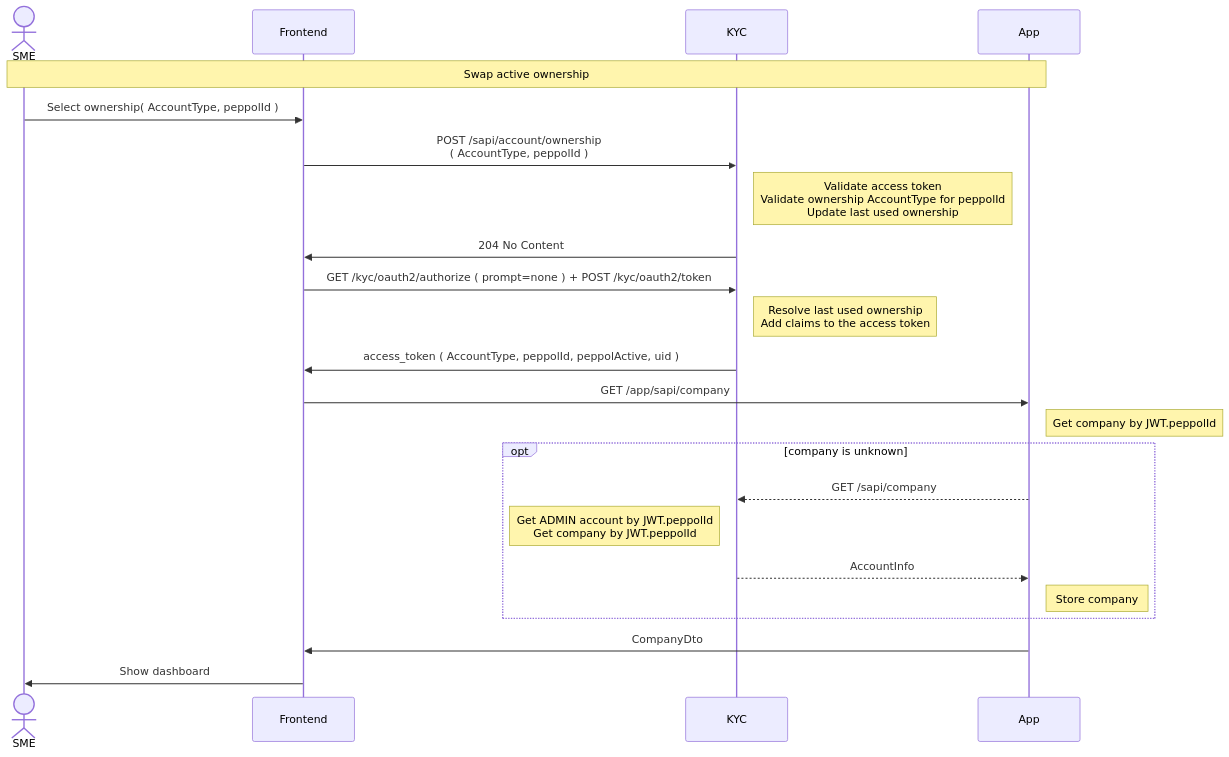
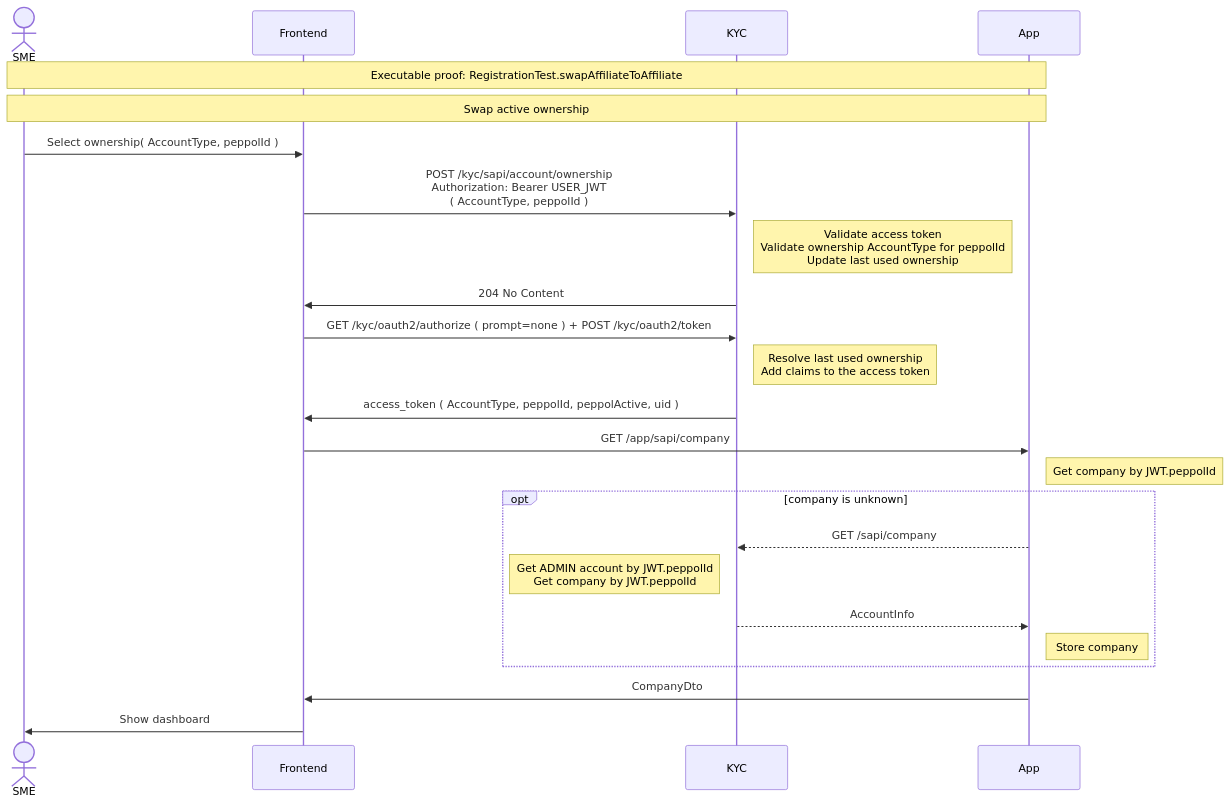
One commit to letspeppol/letspeppol changed the diagram in readme/swap.md. Above: the diagram before and after it, drawn with Mermaid. The commit also changed other lines of this file and 60 other files, not shown here.

````diff
--- a/readme/swap.md
+++ b/readme/swap.md
@@ -10,26 +12,28 @@
 ```mermaid
 sequenceDiagram
     actor SME as SME
     participant Frontend as Frontend
     participant KYC as KYC
     participant App as App
 
+    Note over SME, App: Executable proof: RegistrationTest.swapAffiliateToAffiliate
+
 Note over SME, App: Swap active ownership
     SME ->> Frontend: Select ownership( AccountType, peppolId )
-    Frontend ->> KYC: POST /sapi/account/ownership <br> ( AccountType, peppolId )
+    Frontend ->> KYC: POST /kyc/sapi/account/ownership <br> Authorization: Bearer USER_JWT <br> ( AccountType, peppolId )
     Note right of KYC: Validate access token <br> Validate ownership AccountType for peppolId <br> Update last used ownership
     KYC ->> Frontend: 204 No Content
     Frontend ->> KYC: GET /kyc/oauth2/authorize ( prompt=none ) + POST /kyc/oauth2/token
     Note right of KYC: Resolve last used ownership <br> Add claims to the access token
     KYC ->> Frontend: access_token ( AccountType, peppolId, peppolActive, uid )
     Frontend ->> App: GET /app/sapi/company
     Note right of App: Get company by JWT.peppolId
     opt company is unknown
         App -->> KYC: GET /sapi/company
         Note left of KYC: Get ADMIN account by JWT.peppolId <br> Get company by JWT.peppolId
         KYC -->> App: AccountInfo
         Note right of App: Store company
     end
     App ->> Frontend: CompanyDto
     Frontend ->> SME: Show dashboard
 ```
````
